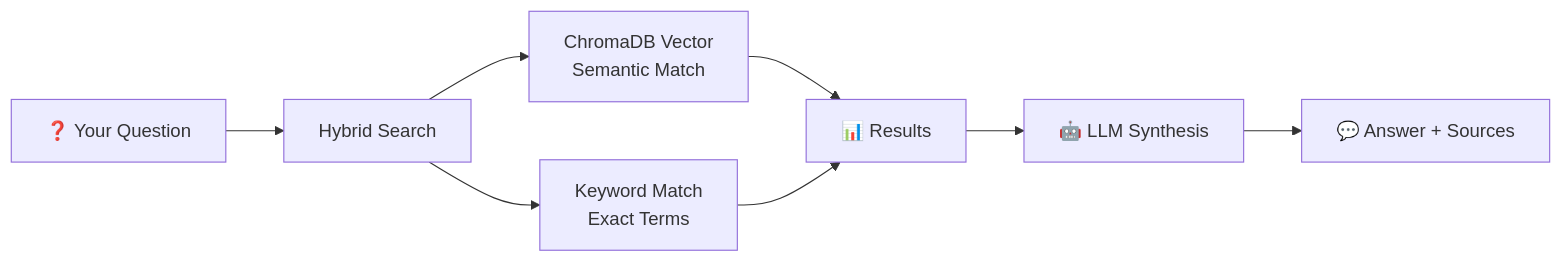
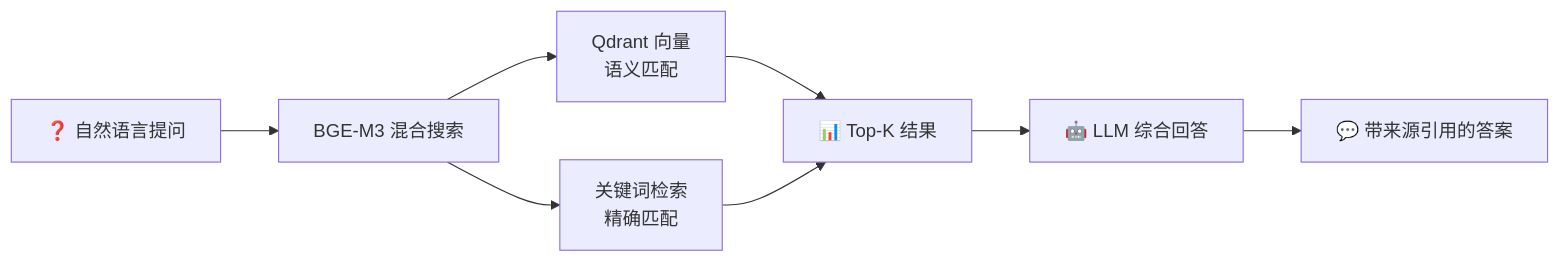
One commit to ceasarboy/llm-wiki changed the first of 2 diagrams in README.md. Above: the diagram before and after it, drawn with Mermaid. The commit also changed other lines of this file and 29 other files, not shown here.

````diff
--- a/README.md
+++ b/README.md
@@ -155,10 +57,10 @@
 ```mermaid
 flowchart LR
-    Q["❓ Your Question"] --> H["Hybrid Search"]
-    H --> V["ChromaDB Vector<br/>Semantic Match"]
-    H --> K["Keyword Match<br/>Exact Terms"]
-    V --> R["📊 Results"]
+    Q["❓ 自然语言提问"] --> H["BGE-M3 混合搜索"]
+    H --> V["Qdrant 向量<br/>语义匹配"]
+    H --> K["关键词检索<br/>精确匹配"]
+    V --> R["📊 Top-K 结果"]
     K --> R
-    R --> LLM["🤖 LLM Synthesis"]
-    LLM --> A["💬 Answer + Sources"]
+    R --> LLM["🤖 LLM 综合回答"]
+    LLM --> A["💬 带来源引用的答案"]
 ```
````
